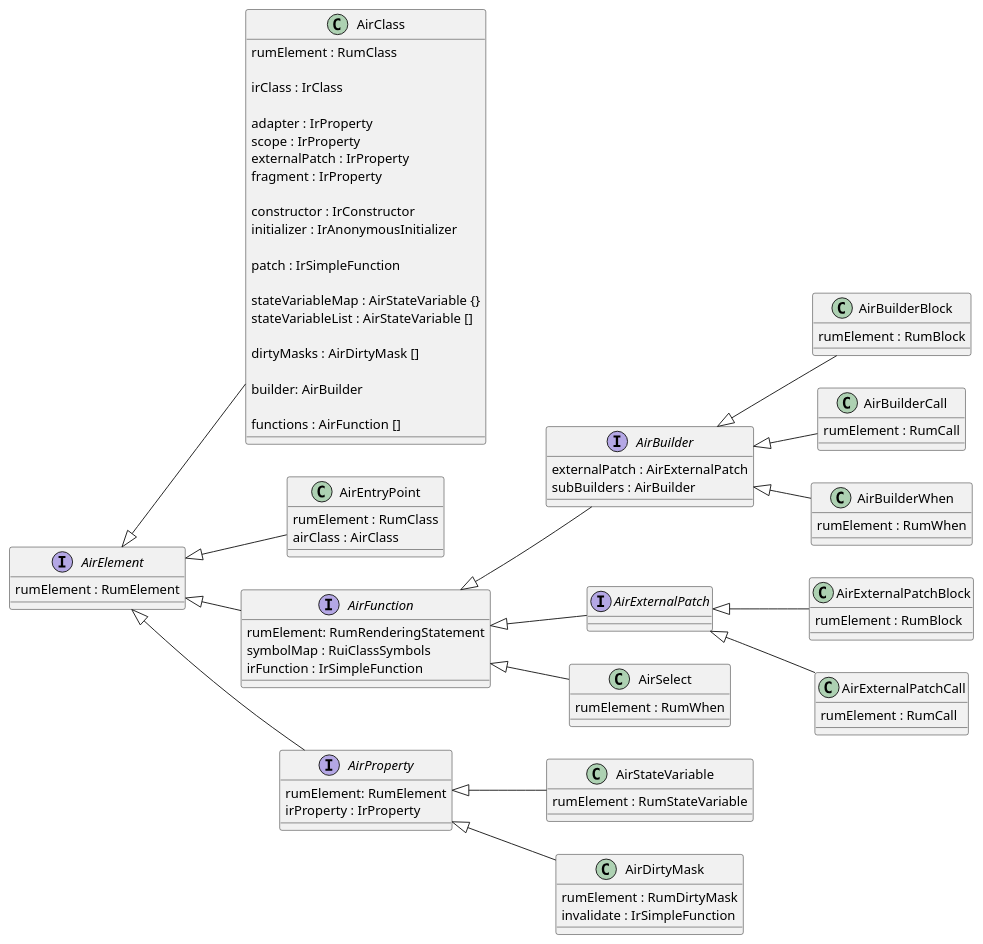
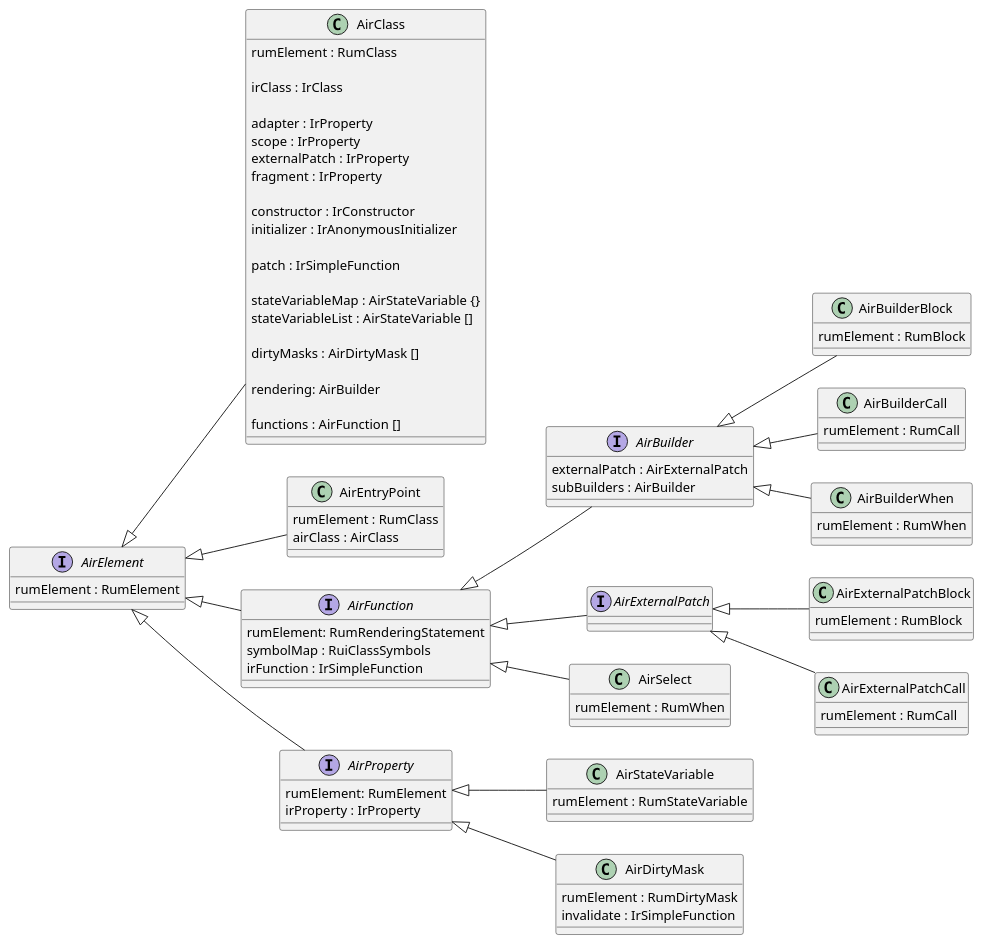
One commit to spxbhuhb/rui changed the diagram in doc/internals/Air.puml. Above: the diagram before and after it, drawn with PlantUML. The commit also changed 27 other files, not shown here.

```diff
--- a/doc/internals/Air.puml
+++ b/doc/internals/Air.puml
@@ -1,104 +1,104 @@
 @startuml
 
 left to right direction
 
 class AirClass {
     rumElement : RumClass
 
     irClass : IrClass
 
     adapter : IrProperty
     scope : IrProperty
     externalPatch : IrProperty
     fragment : IrProperty
 
     constructor : IrConstructor
     initializer : IrAnonymousInitializer
 
     patch : IrSimpleFunction
 
     stateVariableMap : AirStateVariable {}
     stateVariableList : AirStateVariable []
 
     dirtyMasks : AirDirtyMask []
 
-    builder: AirBuilder
+    rendering: AirBuilder
 
     functions : AirFunction []
 }
 AirElement <|-- AirClass
 
 class AirEntryPoint {
     rumElement : RumClass
     airClass : AirClass
 }
 AirElement <|-- AirEntryPoint
 
 class AirBuilderBlock {
     rumElement : RumBlock
 }
 AirBuilder <|-- AirBuilderBlock
 
 class AirBuilderCall {
     rumElement : RumCall
 }
 AirBuilder <|-- AirBuilderCall
 
 class AirBuilderWhen {
     rumElement : RumWhen
 }
 AirBuilder <|-- AirBuilderWhen
 
 interface AirBuilder {
     externalPatch : AirExternalPatch
     subBuilders : AirBuilder
 }
 AirFunction <|-- AirBuilder
 
 class AirExternalPatchBlock {
     rumElement : RumBlock
 }
 AirExternalPatch <|-- AirExternalPatchBlock
 
 class AirExternalPatchCall {
     rumElement : RumCall
 }
 AirExternalPatch <|-- AirExternalPatchCall
 
 interface AirExternalPatch
 AirFunction <|-- AirExternalPatch
 
 class AirSelect {
     rumElement : RumWhen
 }
 AirFunction <|-- AirSelect
 
 interface AirFunction {
     rumElement: RumRenderingStatement
     symbolMap : RuiClassSymbols
     irFunction : IrSimpleFunction
 }
 AirElement <|-- AirFunction
 
 class AirStateVariable {
     rumElement : RumStateVariable
 }
 AirProperty <|-- AirStateVariable
 
 class AirDirtyMask {
     rumElement : RumDirtyMask
     invalidate : IrSimpleFunction
 }
 AirProperty <|-- AirDirtyMask
 
 interface AirProperty {
     rumElement: RumElement
     irProperty : IrProperty
 }
 AirElement <|-- AirProperty
 
 interface AirElement {
     rumElement : RumElement
 }
 
 @enduml
```
